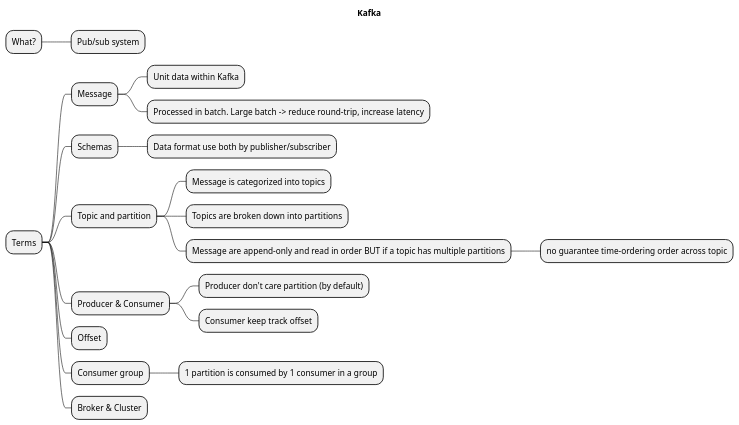
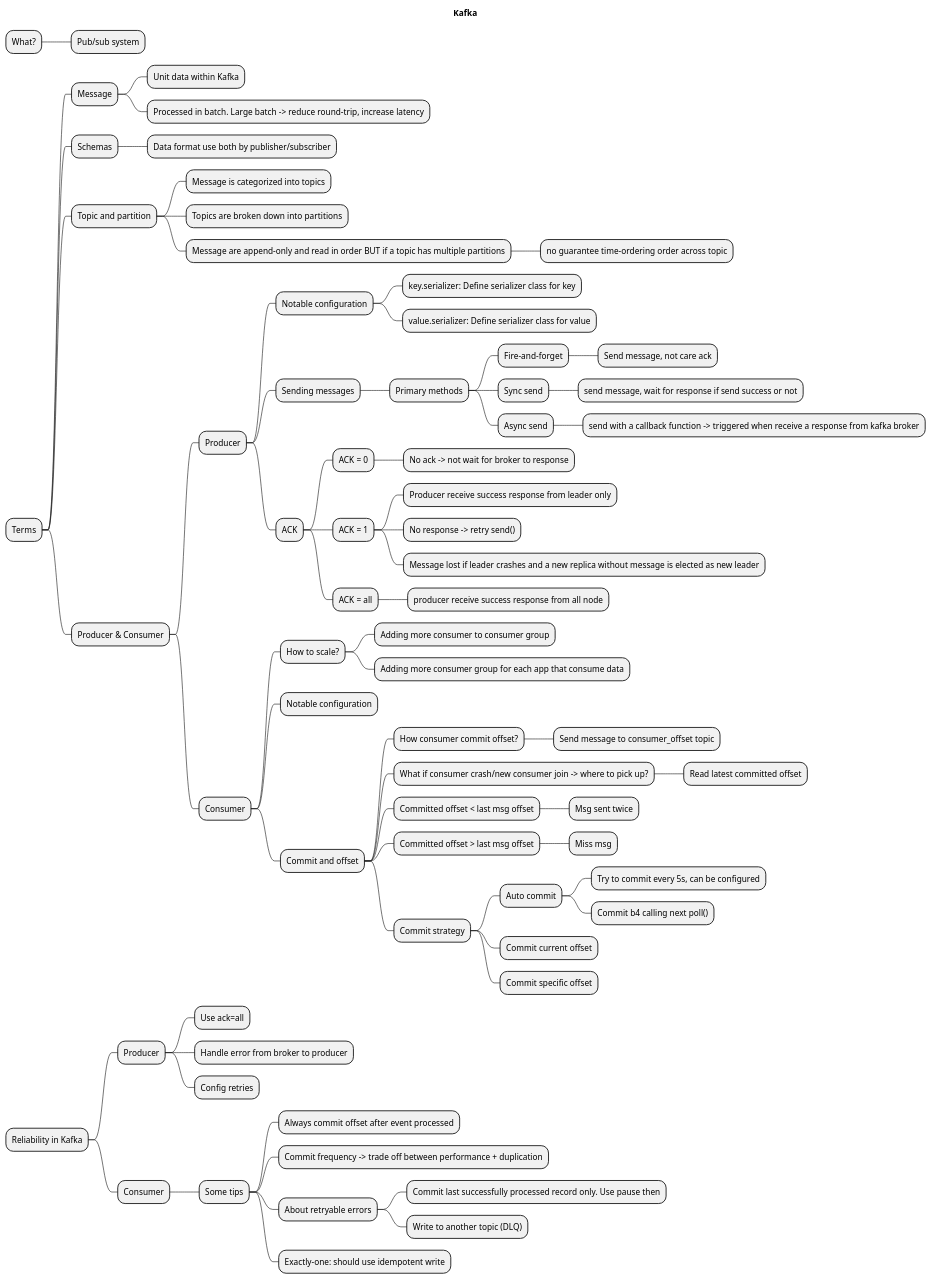
The diagram in docs/interview/kafka/Kafka.puml (jslKon/hungmb-document), drawn with PlantUML before and after one commit. The commit also changed 2 other files, not shown here.

Commit message:
Add Kafka, Db concept, Db Design

```diff
--- a/docs/interview/kafka/Kafka.puml
+++ b/docs/interview/kafka/Kafka.puml
@@ -1,38 +1,106 @@
 @startmindmap
 'https://plantuml.com/mindmap-diagram
 
 title Kafka
 
 * What?
 
 ** Pub/sub system
 
 * Terms
 
 ** Message
 *** Unit data within Kafka
 *** Processed in batch. Large batch -> reduce round-trip, increase latency
 
 ** Schemas
 *** Data format use both by publisher/subscriber
 
 ** Topic and partition
 
 *** Message is categorized into topics
 *** Topics are broken down into partitions
 *** Message are append-only and read in order BUT if a topic has multiple partitions
 **** no guarantee time-ordering order across topic
 
 ** Producer & Consumer
-*** Producer don't care partition (by default)
-*** Consumer keep track offset
 
-** Offset
+*** Producer
 
-** Consumer group
-*** 1 partition is consumed by 1 consumer in a group
+**** Notable configuration
+***** key.serializer: Define serializer class for key
+***** value.serializer: Define serializer class for value
 
-** Broker & Cluster
+**** Sending messages
+***** Primary methods
 
+****** Fire-and-forget
+******* Send message, not care ack
 
+****** Sync send
+******* send message, wait for response if send success or not
+
+****** Async send
+******* send with a callback function -> triggered when receive a response from kafka broker
+
+**** ACK
+
+***** ACK = 0
+****** No ack -> not wait for broker to response
+
+***** ACK = 1
+****** Producer receive success response from leader only
+****** No response -> retry send()
+****** Message lost if leader crashes and a new replica without message is elected as new leader
+
+***** ACK = all
+****** producer receive success response from all node
+
+*** Consumer
+
+**** How to scale?
+***** Adding more consumer to consumer group
+***** Adding more consumer group for each app that consume data
+
+**** Notable configuration
+
+**** Commit and offset
+
+***** How consumer commit offset?
+****** Send message to consumer_offset topic
+
+***** What if consumer crash/new consumer join -> where to pick up?
+****** Read latest committed offset
+
+***** Committed offset < last msg offset
+****** Msg sent twice
+
+***** Committed offset > last msg offset
+****** Miss msg
+
+***** Commit strategy
+
+****** Auto commit
+******* Try to commit every 5s, can be configured
+******* Commit b4 calling next poll()
+
+****** Commit current offset
+****** Commit specific offset
+
+* Reliability in Kafka
+
+** Producer
+*** Use ack=all
+*** Handle error from broker to producer
+*** Config retries
+
+** Consumer
+
+*** Some tips
+**** Always commit offset after event processed
+**** Commit frequency -> trade off between performance + duplication
+**** About retryable errors
+***** Commit last successfully processed record only. Use pause then
+***** Write to another topic (DLQ)
+**** Exactly-one: should use idempotent write
 @endmindmap
```
